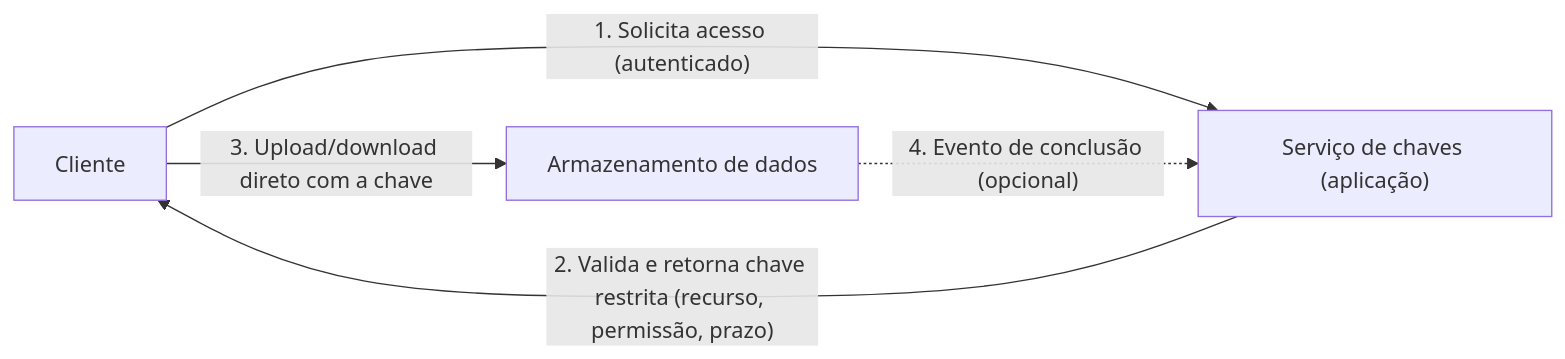
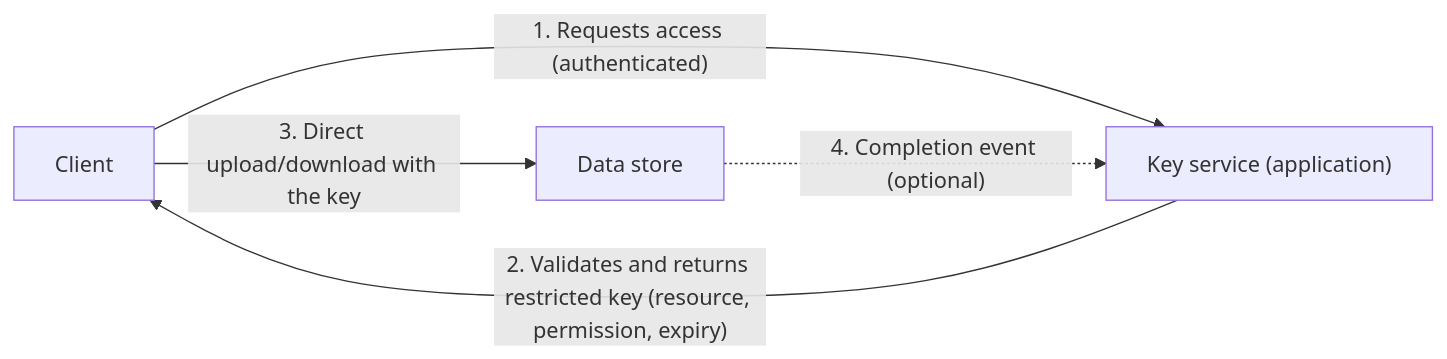
The diagram in docs/cloud/cloud-design-patterns/security-and-access/valet-key.md (alancesar/design-patterns), drawn with Mermaid before and after one commit. The commit also changed 258 other files, not shown here.

First line of the commit message:
Translate Mermaid diagrams to English

````diff
--- a/docs/cloud/cloud-design-patterns/security-and-access/valet-key.md
+++ b/docs/cloud/cloud-design-patterns/security-and-access/valet-key.md
@@ -67,10 +67,10 @@
 ```mermaid
 flowchart LR
-    C["Cliente"]
-    V["Serviço de chaves (aplicação)"]
-    S["Armazenamento de dados"]
-    C -->|"1. Solicita acesso (autenticado)"| V
-    V -->|"2. Valida e retorna chave restrita (recurso, permissão, prazo)"| C
-    C -->|"3. Upload/download direto com a chave"| S
-    S -.->|"4. Evento de conclusão (opcional)"| V
+    C["Client"]
+    V["Key service (application)"]
+    S["Data store"]
+    C -->|"1. Requests access (authenticated)"| V
+    V -->|"2. Validates and returns restricted key (resource, permission, expiry)"| C
+    C -->|"3. Direct upload/download with the key"| S
+    S -.->|"4. Completion event (optional)"| V
 ```
````
